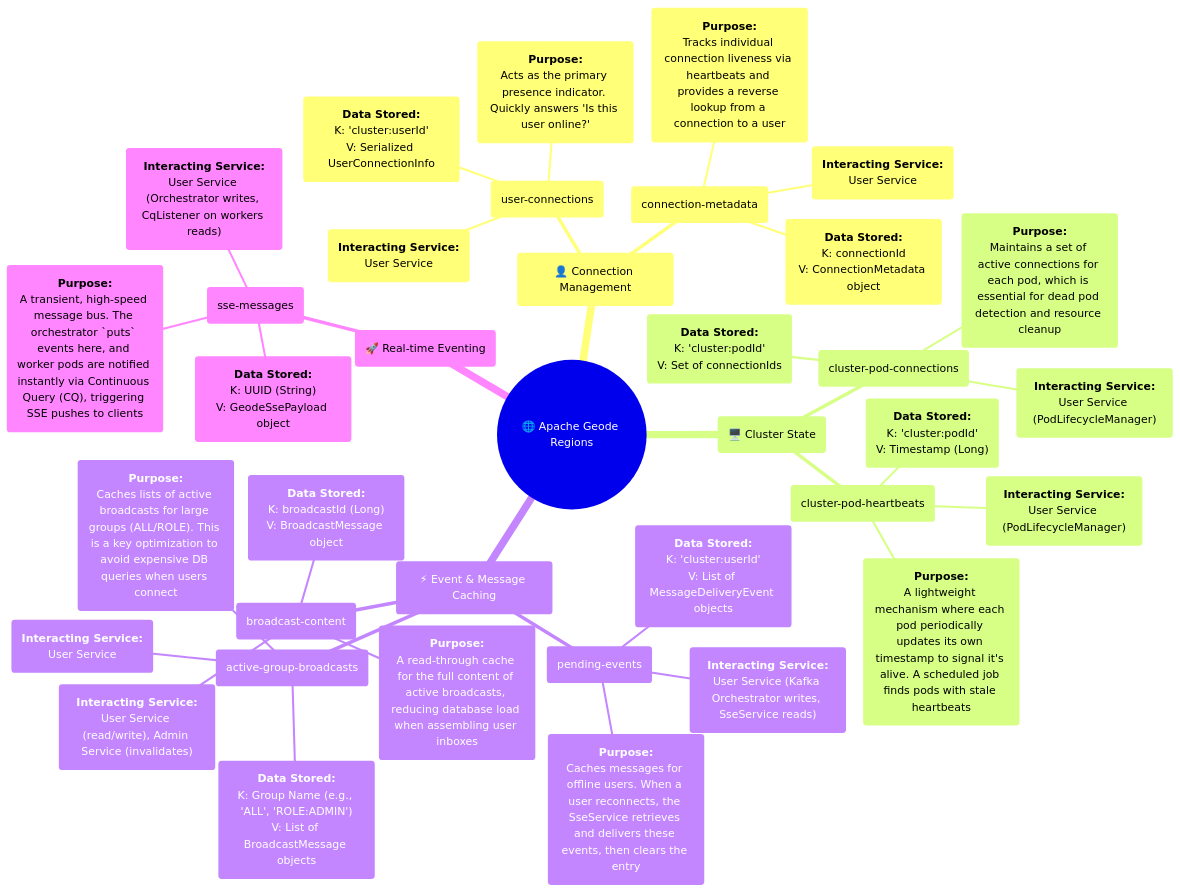
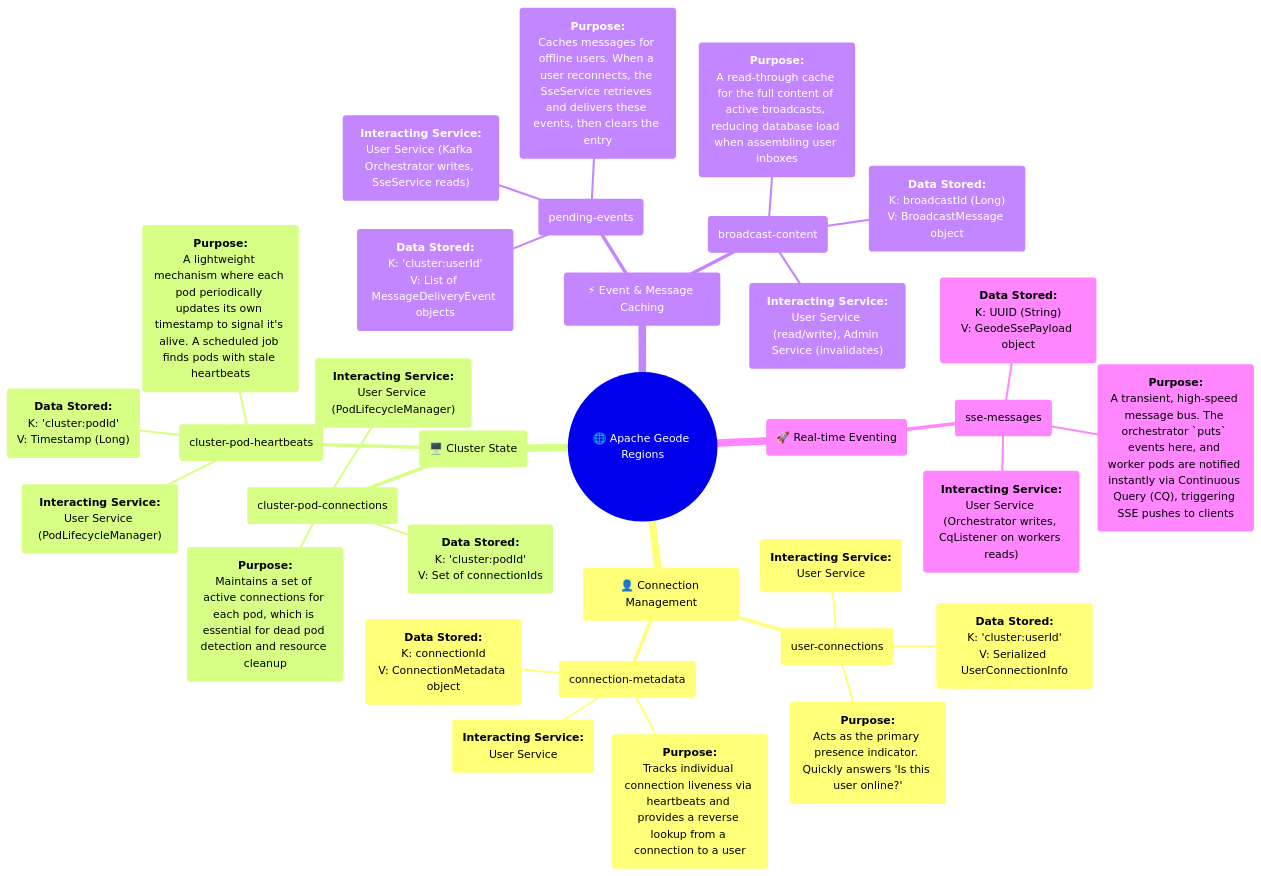
One commit to rsrini7/Notification-SSE-GLM-Flux changed the diagram in MermaidDiagrams/mindmap-geode-regions.mmd. Above: the diagram before and after it, drawn with Mermaid. The commit also changed 11 other files, not shown here.

First line of the commit message:
refactor(broadcast): remove active-group-broadcasts region and related code

```diff
--- a/MermaidDiagrams/mindmap-geode-regions.mmd
+++ b/MermaidDiagrams/mindmap-geode-regions.mmd
@@ -1,45 +1,41 @@
 mindmap
   root(("🌐 Apache Geode Regions"))
     %% Connection & Presence Management
     ("👤 Connection Management")
       ("user-connections")
         ("<b>Data Stored:</b><br/>K: 'cluster:userId'<br/>V: Serialized UserConnectionInfo")
         ("<b>Purpose:</b><br/>Acts as the primary presence indicator. Quickly answers 'Is this user online?'")
         ("<b>Interacting Service:</b><br/>User Service")
       ("connection-metadata")
         ("<b>Data Stored:</b><br/>K: connectionId<br/>V: ConnectionMetadata object")
         ("<b>Purpose:</b><br/>Tracks individual connection liveness via heartbeats and provides a reverse lookup from a connection to a user")
         ("<b>Interacting Service:</b><br/>User Service")
 
     %% Cluster State Management
     ("🖥️ Cluster State")
       ("cluster-pod-connections")
         ("<b>Data Stored:</b><br/>K: 'cluster:podId'<br/>V: Set of connectionIds")
         ("<b>Purpose:</b><br/>Maintains a set of active connections for each pod, which is essential for dead pod detection and resource cleanup")
         ("<b>Interacting Service:</b><br/>User Service (PodLifecycleManager)")
       ("cluster-pod-heartbeats")
         ("<b>Data Stored:</b><br/>K: 'cluster:podId'<br/>V: Timestamp (Long)")
         ("<b>Purpose:</b><br/>A lightweight mechanism where each pod periodically updates its own timestamp to signal it's alive. A scheduled job finds pods with stale heartbeats")
         ("<b>Interacting Service:</b><br/>User Service (PodLifecycleManager)")
 
     %% Event & Message Caching
     ("⚡ Event & Message Caching")
       ("pending-events")
         ("<b>Data Stored:</b><br/>K: 'cluster:userId'<br/>V: List of MessageDeliveryEvent objects")
         ("<b>Purpose:</b><br/>Caches messages for offline users. When a user reconnects, the SseService retrieves and delivers these events, then clears the entry")
         ("<b>Interacting Service:</b><br/>User Service (Kafka Orchestrator writes, SseService reads)")
       ("broadcast-content")
         ("<b>Data Stored:</b><br/>K: broadcastId (Long)<br/>V: BroadcastMessage object")
         ("<b>Purpose:</b><br/>A read-through cache for the full content of active broadcasts, reducing database load when assembling user inboxes")
         ("<b>Interacting Service:</b><br/>User Service (read/write), Admin Service (invalidates)")
-      ("active-group-broadcasts")
-        ("<b>Data Stored:</b><br/>K: Group Name (e.g., 'ALL', 'ROLE:ADMIN')<br/>V: List of BroadcastMessage objects")
-        ("<b>Purpose:</b><br/>Caches lists of active broadcasts for large groups (ALL/ROLE). This is a key optimization to avoid expensive DB queries when users connect")
-        ("<b>Interacting Service:</b><br/>User Service")
 
     %% Intra-Cluster Eventing
     ("🚀 Real-time Eventing")
       ("sse-messages")
         ("<b>Data Stored:</b><br/>K: UUID (String)<br/>V: GeodeSsePayload object")
         ("<b>Purpose:</b><br/>A transient, high-speed message bus. The orchestrator `puts` events here, and worker pods are notified instantly via Continuous Query (CQ), triggering SSE pushes to clients")
         ("<b>Interacting Service:</b><br/>User Service (Orchestrator writes, CqListener on workers reads)")
```
